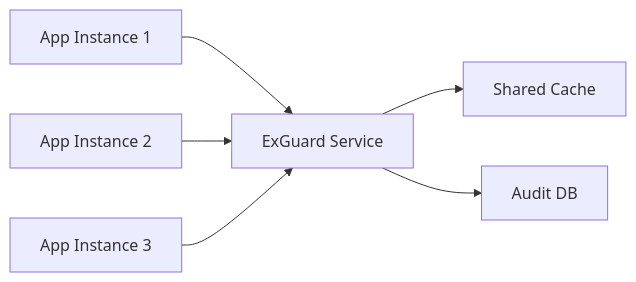
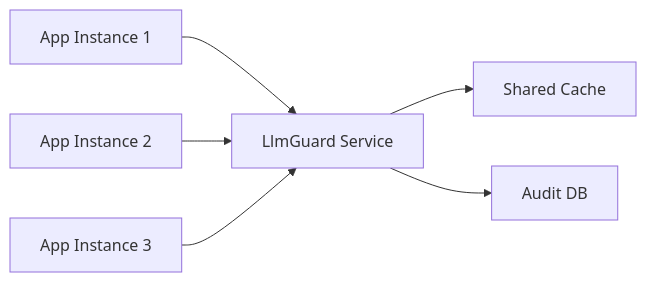
The seventh of 7 diagrams in docs/architecture.md (North-Shore-AI/LlmGuard), drawn with Mermaid before and after one commit. The commit also changed other lines of this file and 12 other files, not shown here.

````diff
--- a/docs/architecture.md
+++ b/docs/architecture.md
@@ -420,8 +420,8 @@
 ```mermaid
 graph LR
-    App1[App Instance 1] --> EG[ExGuard Service]
+    App1[App Instance 1] --> EG[LlmGuard Service]
     App2[App Instance 2] --> EG
     App3[App Instance 3] --> EG
     EG --> Cache[Shared Cache]
     EG --> DB[Audit DB]
 ```
````
